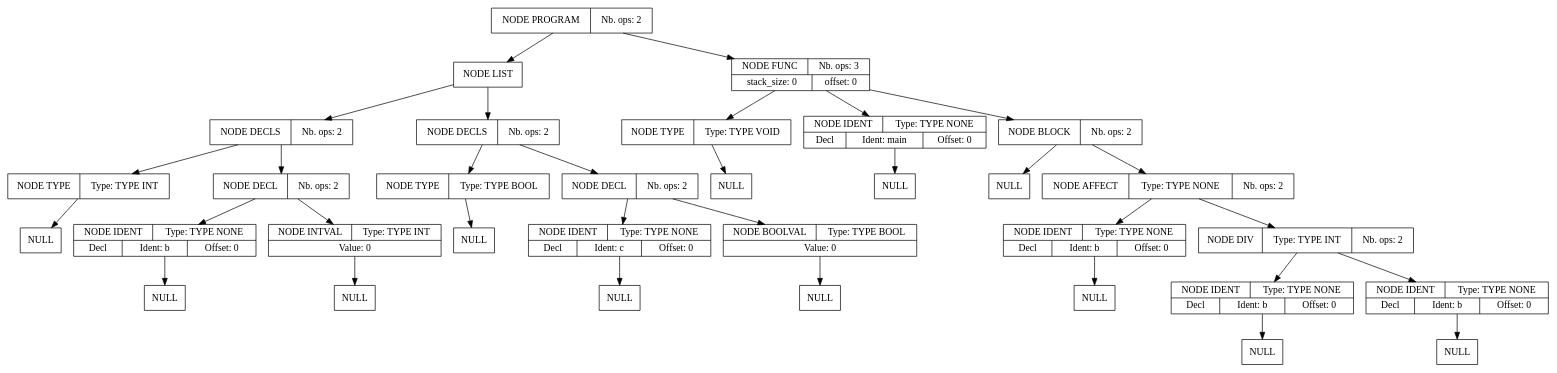
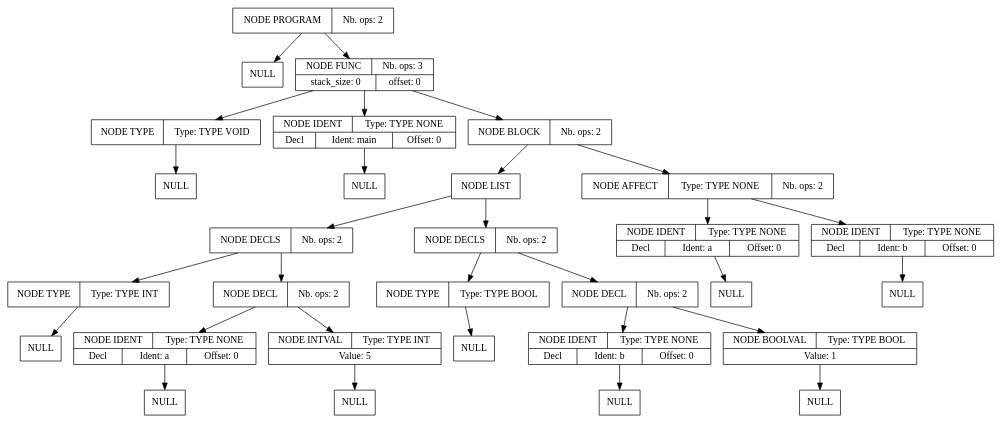
Before and after one commit to Serial-DeV/Compilation: the diagram in projet_compilation_src/src/fichier_dump.dot, drawn with Graphviz. The commit also changed 30 other files, not shown here.

```diff
--- a/projet_compilation_src/src/fichier_dump.dot
+++ b/projet_compilation_src/src/fichier_dump.dot
@@ -1,99 +1,90 @@
 digraph global_vars {
     N1 [shape=record, label="{{NODE PROGRAM|Nb. ops: 2}}"];
-    N2 [shape=record, label="{{NODE LIST}}"];
-    N3 [shape=record, label="{{NODE DECLS|Nb. ops: 2}}"];
-    N4 [shape=record, label="{{NODE TYPE|Type: TYPE INT}}"];
+    N2 [shape=record, label="{{NULL}}"];
+    edge[tailclip=true];
+    N1 -> N2
+    N3 [shape=record, label="{{NODE FUNC|Nb. ops: 3}|{stack_size: 0|offset: 0}}"];
+    N4 [shape=record, label="{{NODE TYPE|Type: TYPE VOID}}"];
     N5 [shape=record, label="{{NULL}}"];
     edge[tailclip=true];
     N4 -> N5
     edge[tailclip=true];
     N3 -> N4
-    N6 [shape=record, label="{{NODE DECL|Nb. ops: 2}}"];
-    N7 [shape=record, label="{{NODE IDENT|Type: TYPE NONE}|{<decl>Decl      |Ident: b|Offset: 0}}"];
-    N8 [shape=record, label="{{NULL}}"];
-    edge[tailclip=true];
-    N7 -> N8
+    N6 [shape=record, label="{{NODE IDENT|Type: TYPE NONE}|{<decl>Decl      |Ident: main|Offset: 0}}"];
+    N7 [shape=record, label="{{NULL}}"];
     edge[tailclip=true];
     N6 -> N7
-    N9 [shape=record, label="{{NODE INTVAL|Type: TYPE INT}|{Value: 0}}"];
-    N10 [shape=record, label="{{NULL}}"];
+    edge[tailclip=true];
+    N3 -> N6
+    N8 [shape=record, label="{{NODE BLOCK|Nb. ops: 2}}"];
+    N9 [shape=record, label="{{NODE LIST}}"];
+    N10 [shape=record, label="{{NODE DECLS|Nb. ops: 2}}"];
+    N11 [shape=record, label="{{NODE TYPE|Type: TYPE INT}}"];
+    N12 [shape=record, label="{{NULL}}"];
+    edge[tailclip=true];
+    N11 -> N12
+    edge[tailclip=true];
+    N10 -> N11
+    N13 [shape=record, label="{{NODE DECL|Nb. ops: 2}}"];
+    N14 [shape=record, label="{{NODE IDENT|Type: TYPE NONE}|{<decl>Decl      |Ident: a|Offset: 0}}"];
+    N15 [shape=record, label="{{NULL}}"];
+    edge[tailclip=true];
+    N14 -> N15
+    edge[tailclip=true];
+    N13 -> N14
+    N16 [shape=record, label="{{NODE INTVAL|Type: TYPE INT}|{Value: 5}}"];
+    N17 [shape=record, label="{{NULL}}"];
+    edge[tailclip=true];
+    N16 -> N17
+    edge[tailclip=true];
+    N13 -> N16
+    edge[tailclip=true];
+    N10 -> N13
     edge[tailclip=true];
     N9 -> N10
-    edge[tailclip=true];
-    N6 -> N9
-    edge[tailclip=true];
-    N3 -> N6
-    edge[tailclip=true];
-    N2 -> N3
-    N11 [shape=record, label="{{NODE DECLS|Nb. ops: 2}}"];
-    N12 [shape=record, label="{{NODE TYPE|Type: TYPE BOOL}}"];
-    N13 [shape=record, label="{{NULL}}"];
-    edge[tailclip=true];
-    N12 -> N13
-    edge[tailclip=true];
-    N11 -> N12
-    N14 [shape=record, label="{{NODE DECL|Nb. ops: 2}}"];
-    N15 [shape=record, label="{{NODE IDENT|Type: TYPE NONE}|{<decl>Decl      |Ident: c|Offset: 0}}"];
-    N16 [shape=record, label="{{NULL}}"];
-    edge[tailclip=true];
-    N15 -> N16
-    edge[tailclip=true];
-    N14 -> N15
-    N17 [shape=record, label="{{NODE BOOLVAL|Type: TYPE BOOL}|{Value: 0}}"];
-    N18 [shape=record, label="{{NULL}}"];
-    edge[tailclip=true];
-    N17 -> N18
-    edge[tailclip=true];
-    N14 -> N17
-    edge[tailclip=true];
-    N11 -> N14
-    edge[tailclip=true];
-    N2 -> N11
-    edge[tailclip=true];
-    N1 -> N2
-    N19 [shape=record, label="{{NODE FUNC|Nb. ops: 3}|{stack_size: 0|offset: 0}}"];
-    N20 [shape=record, label="{{NODE TYPE|Type: TYPE VOID}}"];
-    N21 [shape=record, label="{{NULL}}"];
-    edge[tailclip=true];
-    N20 -> N21
+    N18 [shape=record, label="{{NODE DECLS|Nb. ops: 2}}"];
+    N19 [shape=record, label="{{NODE TYPE|Type: TYPE BOOL}}"];
+    N20 [shape=record, label="{{NULL}}"];
     edge[tailclip=true];
     N19 -> N20
-    N22 [shape=record, label="{{NODE IDENT|Type: TYPE NONE}|{<decl>Decl      |Ident: main|Offset: 0}}"];
+    edge[tailclip=true];
+    N18 -> N19
+    N21 [shape=record, label="{{NODE DECL|Nb. ops: 2}}"];
+    N22 [shape=record, label="{{NODE IDENT|Type: TYPE NONE}|{<decl>Decl      |Ident: b|Offset: 0}}"];
     N23 [shape=record, label="{{NULL}}"];
     edge[tailclip=true];
     N22 -> N23
     edge[tailclip=true];
-    N19 -> N22
-    N24 [shape=record, label="{{NODE BLOCK|Nb. ops: 2}}"];
+    N21 -> N22
+    N24 [shape=record, label="{{NODE BOOLVAL|Type: TYPE BOOL}|{Value: 1}}"];
     N25 [shape=record, label="{{NULL}}"];
     edge[tailclip=true];
     N24 -> N25
+    edge[tailclip=true];
+    N21 -> N24
+    edge[tailclip=true];
+    N18 -> N21
+    edge[tailclip=true];
+    N9 -> N18
+    edge[tailclip=true];
+    N8 -> N9
     N26 [shape=record, label="{{NODE AFFECT|Type: TYPE NONE|Nb. ops: 2}}"];
-    N27 [shape=record, label="{{NODE IDENT|Type: TYPE NONE}|{<decl>Decl      |Ident: b|Offset: 0}}"];
+    N27 [shape=record, label="{{NODE IDENT|Type: TYPE NONE}|{<decl>Decl      |Ident: a|Offset: 0}}"];
     N28 [shape=record, label="{{NULL}}"];
     edge[tailclip=true];
     N27 -> N28
     edge[tailclip=true];
     N26 -> N27
-    N29 [shape=record, label="{{NODE DIV|Type: TYPE INT|Nb. ops: 2}}"];
-    N30 [shape=record, label="{{NODE IDENT|Type: TYPE NONE}|{<decl>Decl      |Ident: b|Offset: 0}}"];
-    N31 [shape=record, label="{{NULL}}"];
-    edge[tailclip=true];
-    N30 -> N31
+    N29 [shape=record, label="{{NODE IDENT|Type: TYPE NONE}|{<decl>Decl      |Ident: b|Offset: 0}}"];
+    N30 [shape=record, label="{{NULL}}"];
     edge[tailclip=true];
     N29 -> N30
-    N32 [shape=record, label="{{NODE IDENT|Type: TYPE NONE}|{<decl>Decl      |Ident: b|Offset: 0}}"];
-    N33 [shape=record, label="{{NULL}}"];
-    edge[tailclip=true];
-    N32 -> N33
-    edge[tailclip=true];
-    N29 -> N32
     edge[tailclip=true];
     N26 -> N29
     edge[tailclip=true];
-    N24 -> N26
+    N8 -> N26
     edge[tailclip=true];
-    N19 -> N24
+    N3 -> N8
     edge[tailclip=true];
-    N1 -> N19
+    N1 -> N3
 }
```
